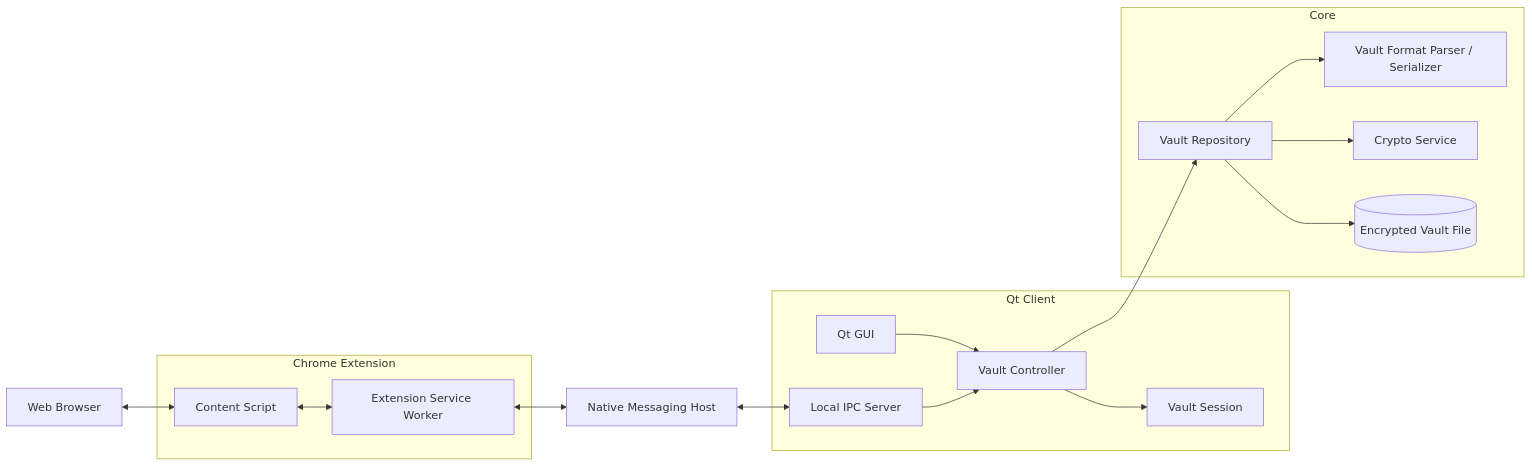
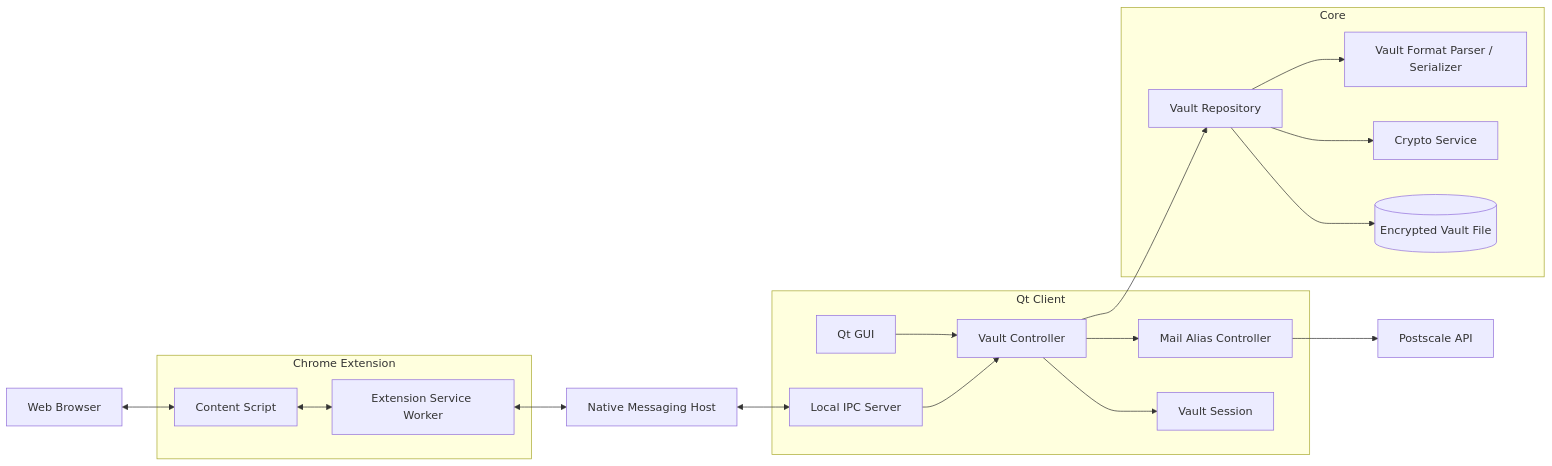
Before and after one commit to Keypr-org/docs: the first of 2 diagrams in specification.md, drawn with Mermaid.

Commit message:
[Doc]: Update architecture to add Mail Controller and Postscale API

````diff
--- a/specification.md
+++ b/specification.md
@@ -91,40 +91,44 @@
 ```mermaid
 flowchart LR
     Browser["Web Browser"]
 
     subgraph Extension["Chrome Extension"]
         ContentScript["Content Script"]
         ServiceWorker["Extension Service Worker"]
     end
 
 
     NativeHost["Native Messaging Host"]
+    API["Postscale API"]
 
     subgraph Desktop["Qt Client"]
         GUI["Qt GUI"]
         Controller["Vault Controller"]
+        MailController["Mail Alias Controller"]
         Session["Vault Session"]
         IPC["Local IPC Server"]
     end
 
     subgraph Storage["Core"]
         Repository["Vault Repository"]
         Format["Vault Format Parser / Serializer"]
         Crypto["Crypto Service"]
         VaultFile[("Encrypted Vault File")]
     end
 
     Browser <--> ContentScript
     ContentScript <--> ServiceWorker
     ServiceWorker <--> NativeHost
     NativeHost <--> IPC
 
     GUI --> Controller
     IPC --> Controller
     Controller --> Session
     Controller --> Repository
+    Controller --> MailController
+    MailController --> API
 
     Repository --> Format
     Repository --> Crypto
     Repository --> VaultFile
 ```
````
